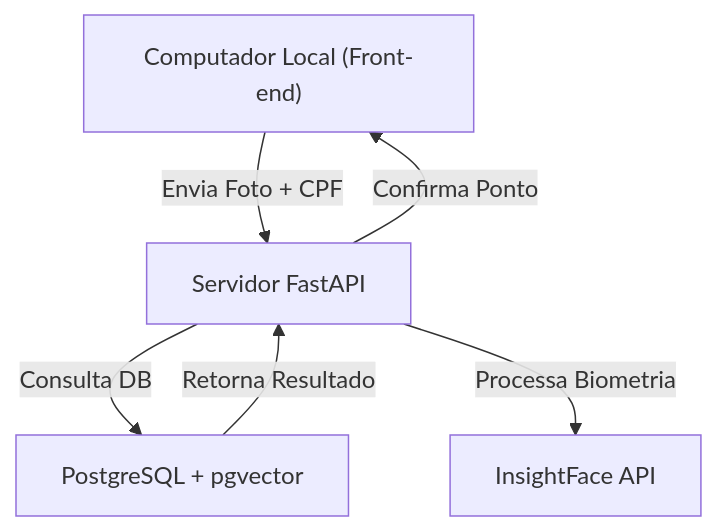
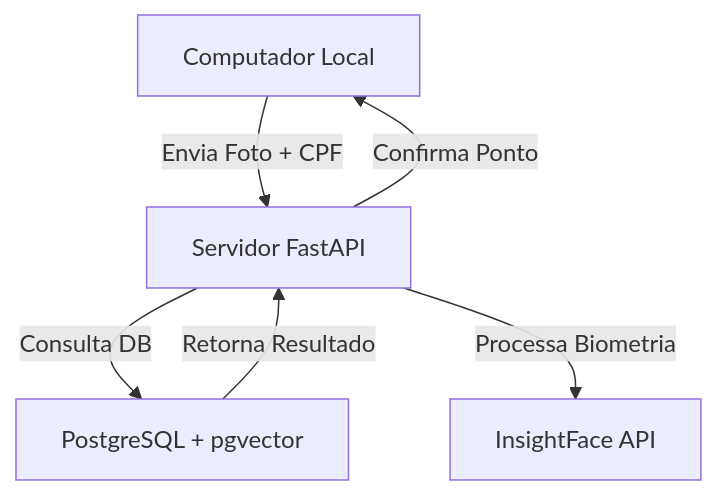
Before and after one commit to marcio-dev-fullstack/Folha-de-Ponto: the diagram in README.md, drawn with Mermaid.

Commit message:
Commit inicial

````diff
--- a/README.md
+++ b/README.md
@@ -33,9 +33,9 @@
 ```mermaid
 graph TD
-    A["Computador Local (Front-end)"] -->|Envia Foto + CPF| B["Servidor FastAPI"]
+    A["Computador Local"] -->|Envia Foto + CPF| B["Servidor FastAPI"]
     B -->|Consulta DB| C["PostgreSQL + pgvector"]
     B -->|Processa Biometria| D["InsightFace API"]
     C -->|Retorna Resultado| B
     B -->|Confirma Ponto| A
 
 ```
````
